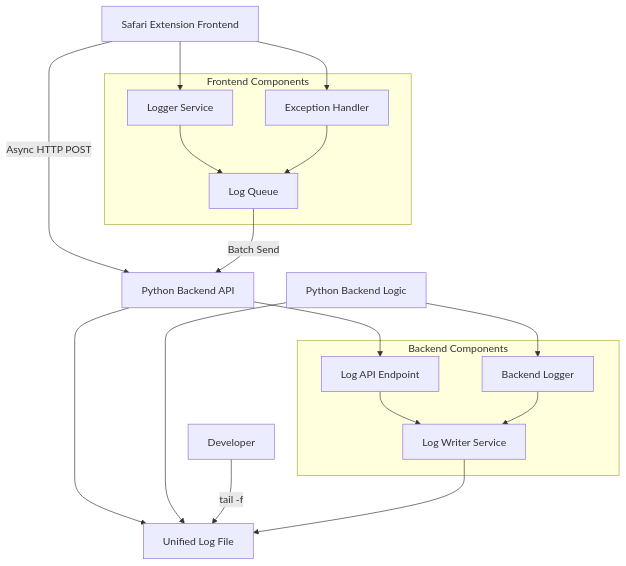
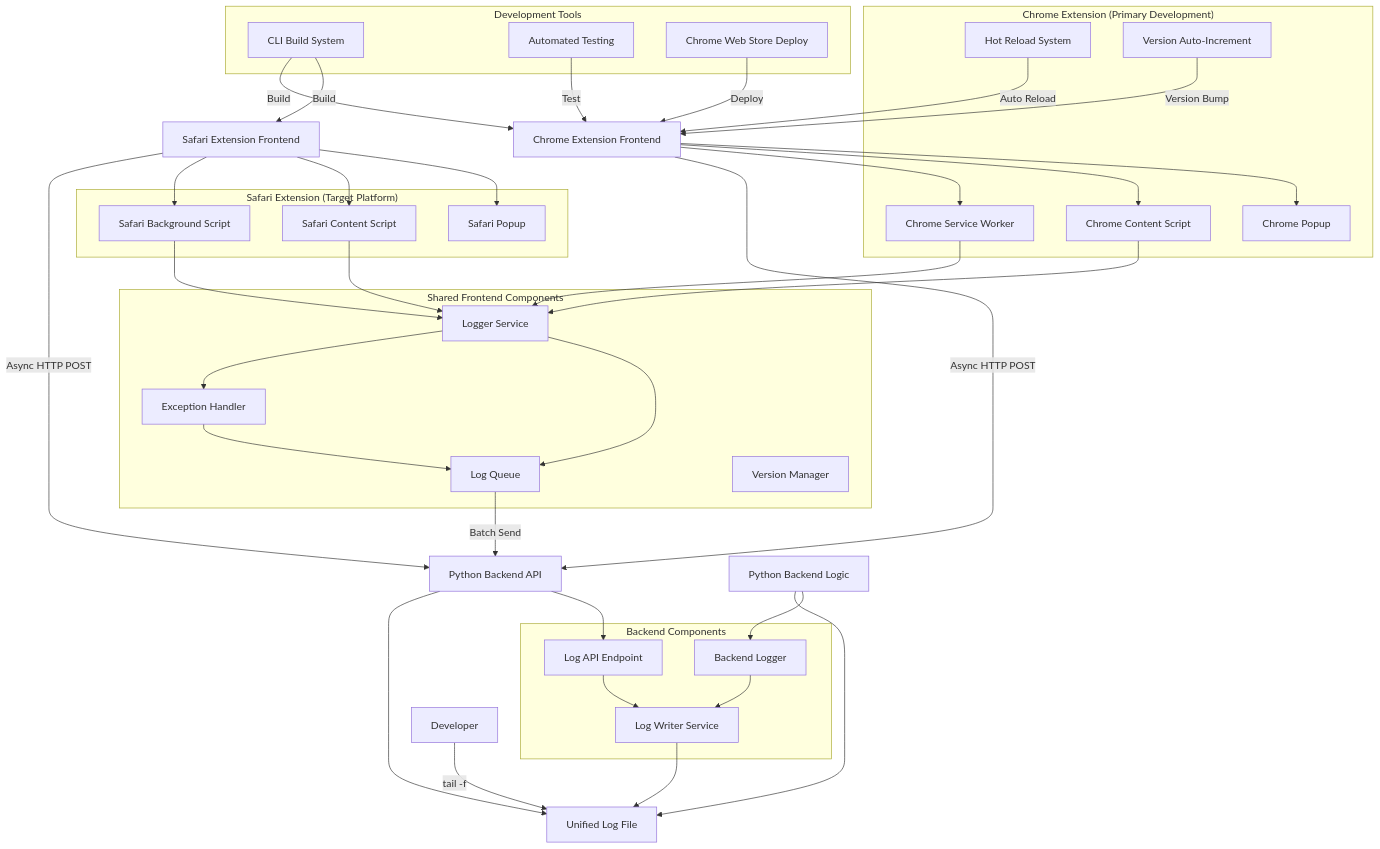
The diagram in .kiro/specs/safari-extension-unified-logging/design.md (jflam/sdd2), drawn with Mermaid before and after one commit. The commit also changed other lines of this file and 1 other file, not shown here.

Commit message:
Add comprehensive Chrome extension development to spec
Requirements updates:
- Add Requirement 7: Chrome extension with CLI-only workflow
- Add Requirement 8: Chrome/Safari feature parity validation
- Include automatic version bumping and reporting requirements
- Specify hot reloading for maximum development productivity

Design updates:
- Update architecture to include Chrome extension as primary development platform
- Add Chrome-specific components (service worker, content script, hot reload)
- Include version management and auto-increment systems
- Document shared component architecture between Chrome and Safari

Task updates:
- Add 9 new tasks (12-20) for Chrome extension development
- Include automatic version management and hot reloading implementation
- Add Chrome Web Store deployment automation
- Include comprehensive testing and validation tasks
- Focus on command-line workflow and development productivity

Chrome extension serves as validation platform before Safari implementation

````diff
--- a/.kiro/specs/safari-extension-unified-logging/design.md
+++ b/.kiro/specs/safari-extension-unified-logging/design.md
@@ -9,30 +11,68 @@
 ```mermaid
 graph TB
-    A[Safari Extension Frontend] -->|Async HTTP POST| B[Python Backend API]
-    B --> C[Unified Log File]
-    D[Python Backend Logic] --> C
-    E[Developer] -->|tail -f| C
+    A[Chrome Extension Frontend] -->|Async HTTP POST| C[Python Backend API]
+    B[Safari Extension Frontend] -->|Async HTTP POST| C
+    C --> D[Unified Log File]
+    E[Python Backend Logic] --> D
+    F[Developer] -->|tail -f| D
     
-    subgraph "Frontend Components"
-        F[Logger Service]
-        G[Exception Handler]
-        H[Log Queue]
+    subgraph "Chrome Extension (Primary Development)"
+        G[Chrome Service Worker]
+        H[Chrome Content Script]
+        I[Chrome Popup]
+        J[Hot Reload System]
+        K[Version Auto-Increment]
+    end
+    
+    subgraph "Safari Extension (Target Platform)"
+        L[Safari Background Script]
+        M[Safari Content Script]
+        N[Safari Popup]
+    end
+    
+    subgraph "Shared Frontend Components"
+        O[Logger Service]
+        P[Exception Handler]
+        Q[Log Queue]
+        R[Version Manager]
     end
     
     subgraph "Backend Components"
-        I[Log API Endpoint]
-        J[Log Writer Service]
-        K[Backend Logger]
+        S[Log API Endpoint]
+        T[Log Writer Service]
+        U[Backend Logger]
     end
     
-    A --> F
+    subgraph "Development Tools"
+        V[CLI Build System]
+        W[Automated Testing]
+        X[Chrome Web Store Deploy]
+    end
+    
     A --> G
-    F --> H
-    G --> H
-    H -->|Batch Send| B
-    B --> I
-    I --> J
-    D --> K
-    K --> J
-    J --> C
+    A --> H
+    A --> I
+    B --> L
+    B --> M
+    B --> N
+    G --> O
+    H --> O
+    L --> O
+    M --> O
+    O --> P
+    O --> Q
+    P --> Q
+    Q -->|Batch Send| C
+    C --> S
+    S --> T
+    E --> U
+    U --> T
+    T --> D
+    
+    J -->|Auto Reload| A
+    K -->|Version Bump| A
+    V -->|Build| A
+    V -->|Build| B
+    W -->|Test| A
+    X -->|Deploy| A
 ```
````
